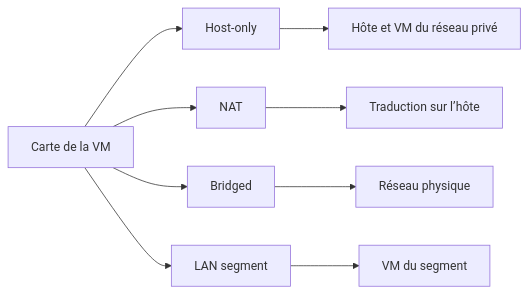
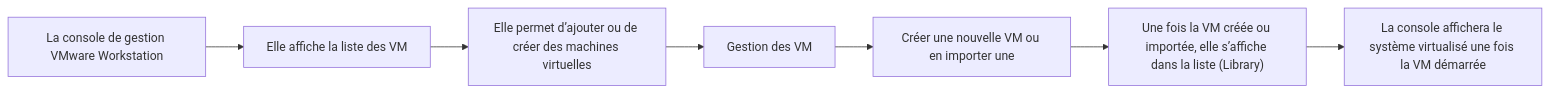
One commit to sk34pk25/tssr-cours changed the third of 5 diagrams in docs/modules/13-virtualisation-serveurs/module-02.md. Above: the diagram before and after it, drawn with Mermaid. The commit also changed other lines of this file and 7 other files, not shown here.

````diff
--- a/docs/modules/13-virtualisation-serveurs/module-02.md
+++ b/docs/modules/13-virtualisation-serveurs/module-02.md
@@ -53,7 +94,16 @@
 ```mermaid
 flowchart LR
-    V["Carte de la VM"] --> P["Host-only"] --> H["Hôte et VM du réseau privé"]
-    V --> N["NAT"] --> T["Traduction sur l’hôte"]
-    V --> B["Bridged"] --> L["Réseau physique"]
-    V --> S["LAN segment"] --> E["VM du segment"]
+    N1["La console de gestion VMware Workstation"]
+    N2["Elle affiche la liste des VM"]
+    N3["Elle permet d’ajouter ou de créer des machines virtuelles"]
+    N4["Gestion des VM"]
+    N5["Créer une nouvelle VM ou en importer une"]
+    N6["Une fois la VM créée ou importée, elle s’affiche dans la liste (Library)"]
+    N7["La console affichera le système virtualisé une fois la VM démarrée"]
+    N1 --> N2
+    N2 --> N3
+    N3 --> N4
+    N4 --> N5
+    N5 --> N6
+    N6 --> N7
 ```
````
